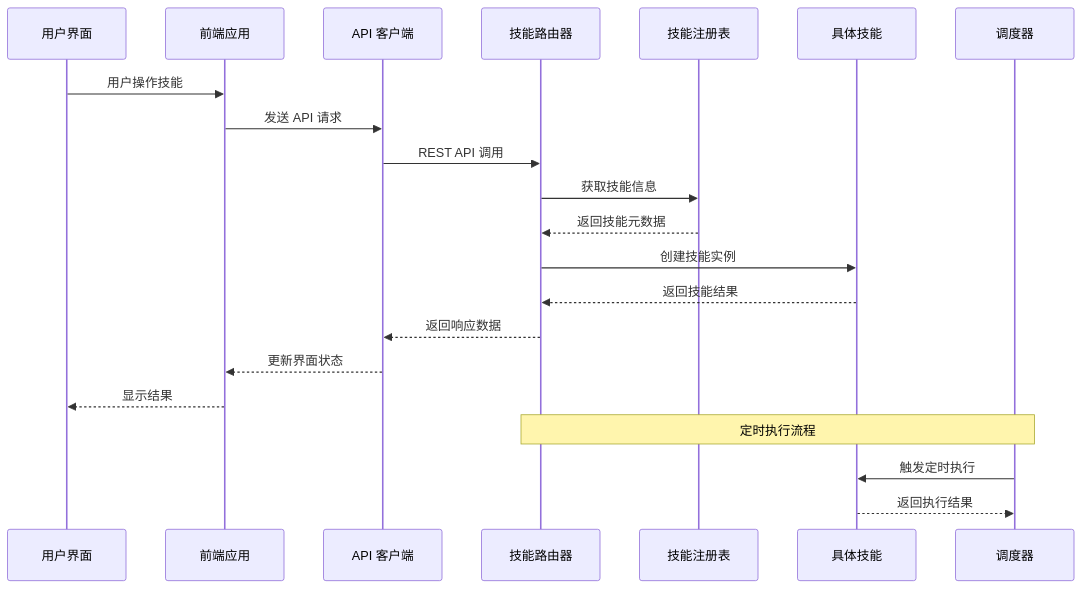
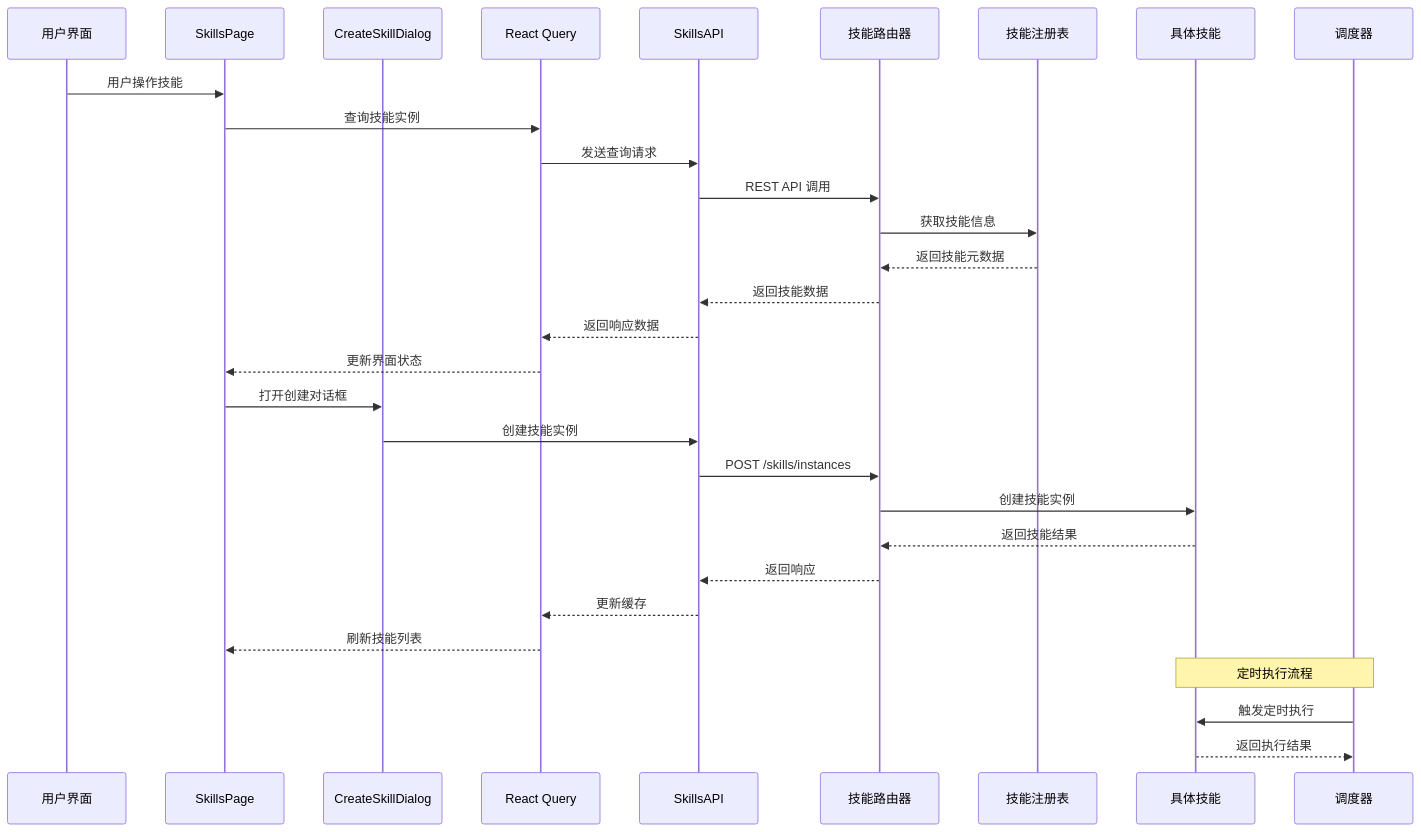
Before and after one commit to jackeyunjie/open-notebook: the second of 12 diagrams in .qoder/repowiki/zh/content/前端架构/技能管理前端页面.md, drawn with Mermaid. The commit also changed other lines of this file and 24 other files, not shown here.

````diff
--- a/.qoder/repowiki/zh/content/前端架构/技能管理前端页面.md
+++ b/.qoder/repowiki/zh/content/前端架构/技能管理前端页面.md
@@ -106,23 +138,32 @@
 ```mermaid
 sequenceDiagram
 participant U as 用户界面
-participant F as 前端应用
-participant A as API 客户端
-participant S as 技能路由器
-participant R as 技能注册表
+participant SP as SkillsPage
+participant CSD as CreateSkillDialog
+participant UQ as React Query
+participant API as SkillsAPI
+participant SR as 技能路由器
+participant REG as 技能注册表
 participant SK as 具体技能
 participant SCH as 调度器
-U->>F : 用户操作技能
-F->>A : 发送 API 请求
-A->>S : REST API 调用
-S->>R : 获取技能信息
-R-->>S : 返回技能元数据
-S->>SK : 创建技能实例
-SK-->>S : 返回技能结果
-S-->>A : 返回响应数据
-A-->>F : 更新界面状态
-F-->>U : 显示结果
-Note over SCH,S : 定时执行流程
+U->>SP : 用户操作技能
+SP->>UQ : 查询技能实例
+UQ->>API : 发送查询请求
+API->>SR : REST API 调用
+SR->>REG : 获取技能信息
+REG-->>SR : 返回技能元数据
+SR-->>API : 返回技能数据
+API-->>UQ : 返回响应数据
+UQ-->>SP : 更新界面状态
+SP->>CSD : 打开创建对话框
+CSD->>API : 创建技能实例
+API->>SR : POST /skills/instances
+SR->>SK : 创建技能实例
+SK-->>SR : 返回技能结果
+SR-->>API : 返回响应
+API-->>UQ : 更新缓存
+UQ-->>SP : 刷新技能列表
+Note over SCH,SK : 定时执行流程
 SCH->>SK : 触发定时执行
 SK-->>SCH : 返回执行结果
 ```
````
